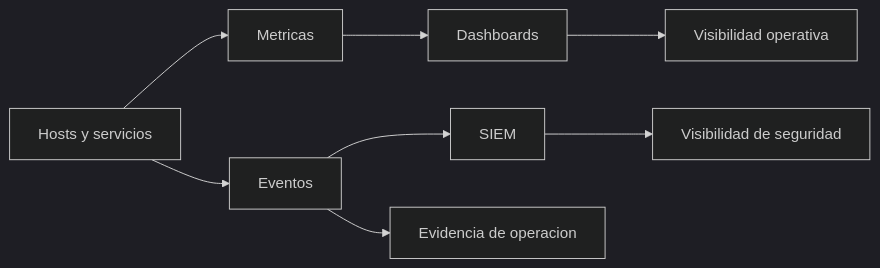
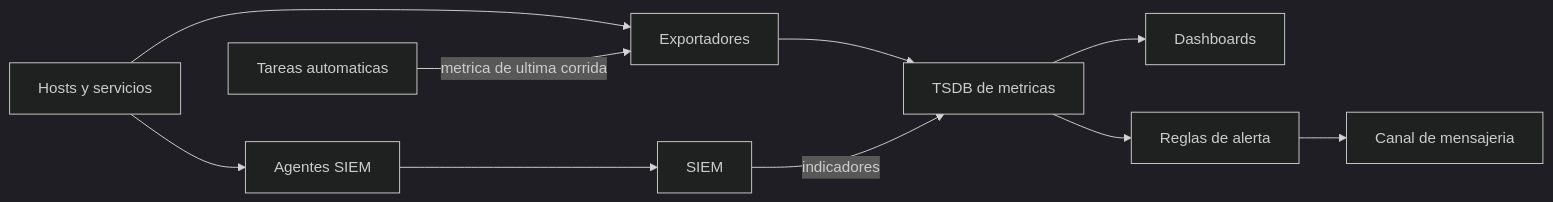
Before and after one commit to Nicolasperaltait/homelab: the first of 2 diagrams in docs/es/06-observabilidad-y-roadmap.md, drawn with Mermaid (dark theme). The commit also changed other lines of this file and 16 other files, not shown here.

````diff
--- a/docs/es/06-observabilidad-y-roadmap.md
+++ b/docs/es/06-observabilidad-y-roadmap.md
@@ -19,10 +20,12 @@
 ```mermaid
 flowchart LR
-    A[Hosts y servicios] --> B[Metricas]
-    A --> C[Eventos]
-    B --> D[Dashboards]
-    C --> E[SIEM]
-    D --> F[Visibilidad operativa]
-    E --> G[Visibilidad de seguridad]
-    C --> H[Evidencia de operacion]
+    A[Hosts y servicios] --> B[Exportadores]
+    T[Tareas automaticas] -->|metrica de ultima corrida| B
+    B --> C[TSDB de metricas]
+    C --> D[Dashboards]
+    C --> R[Reglas de alerta]
+    R --> M[Canal de mensajeria]
+    A --> E[Agentes SIEM]
+    E --> S[SIEM]
+    S -->|indicadores| C
 ```
````
